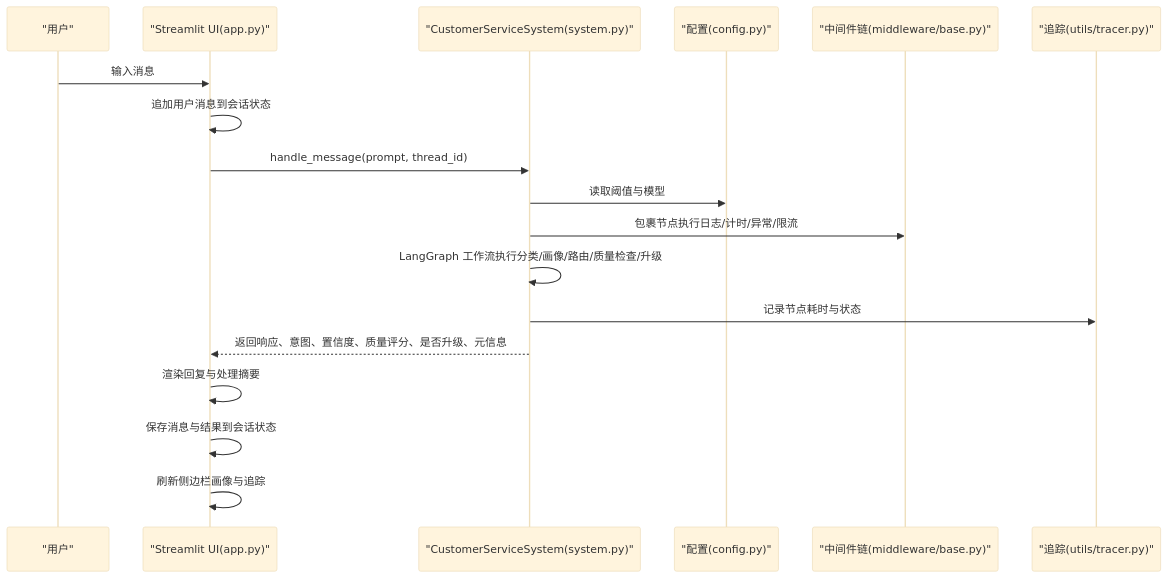
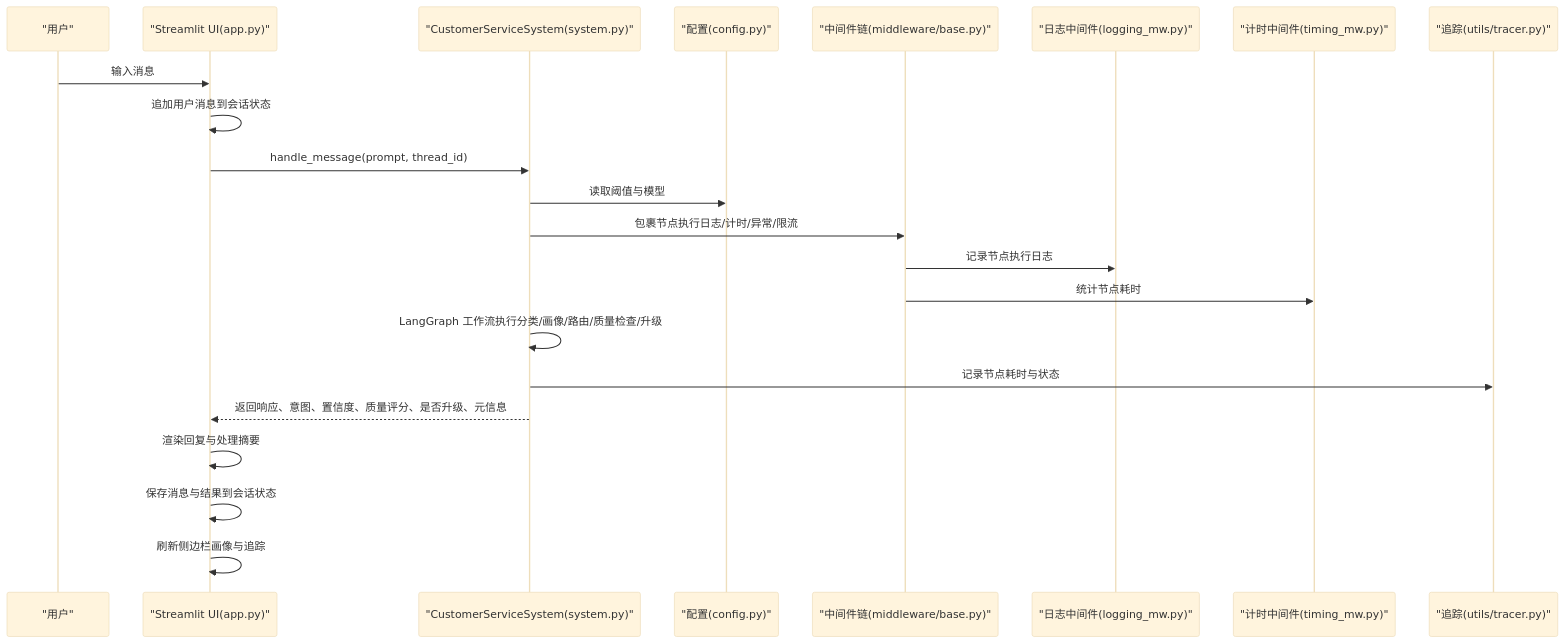
The second of 4 diagrams in .qoder/repowiki/zh/content/Web界面设计.md (Yijtu/multi-agent-customer-service), drawn with Mermaid (base theme) before and after one commit. The commit also changed other lines of this file and 28 other files, not shown here.

````diff
--- a/.qoder/repowiki/zh/content/Web界面设计.md
+++ b/.qoder/repowiki/zh/content/Web界面设计.md
@@ -94,20 +110,24 @@
 ```mermaid
 sequenceDiagram
 participant U as "用户"
 participant S as "Streamlit UI(app.py)"
 participant SYS as "CustomerServiceSystem(system.py)"
 participant CFG as "配置(config.py)"
 participant MW as "中间件链(middleware/base.py)"
+participant LOG as "日志中间件(logging_mw.py)"
+participant TIME as "计时中间件(timing_mw.py)"
 participant TR as "追踪(utils/tracer.py)"
 U->>S : 输入消息
 S->>S : 追加用户消息到会话状态
 S->>SYS : handle_message(prompt, thread_id)
 SYS->>CFG : 读取阈值与模型
 SYS->>MW : 包裹节点执行日志/计时/异常/限流
+MW->>LOG : 记录节点执行日志
+MW->>TIME : 统计节点耗时
 SYS->>SYS : LangGraph 工作流执行分类/画像/路由/质量检查/升级
 SYS->>TR : 记录节点耗时与状态
 SYS-->>S : 返回响应、意图、置信度、质量评分、是否升级、元信息
 S->>S : 渲染回复与处理摘要
 S->>S : 保存消息与结果到会话状态
 S->>S : 刷新侧边栏画像与追踪
 ```
````
